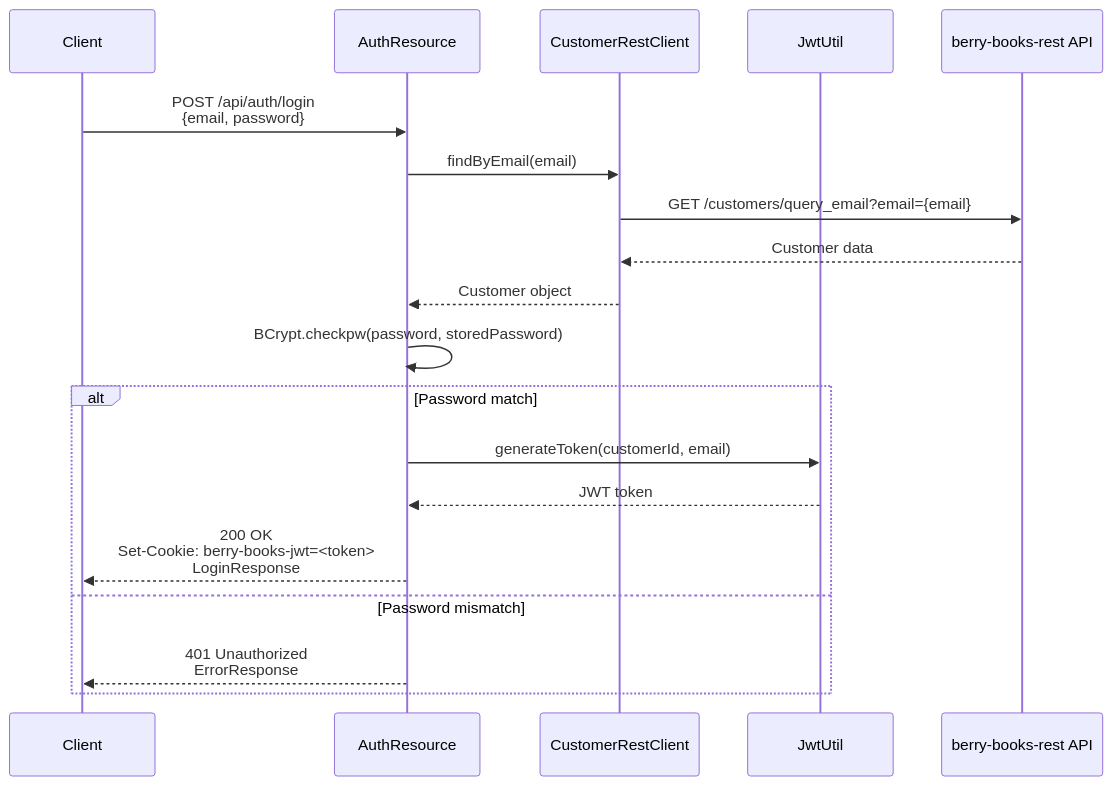
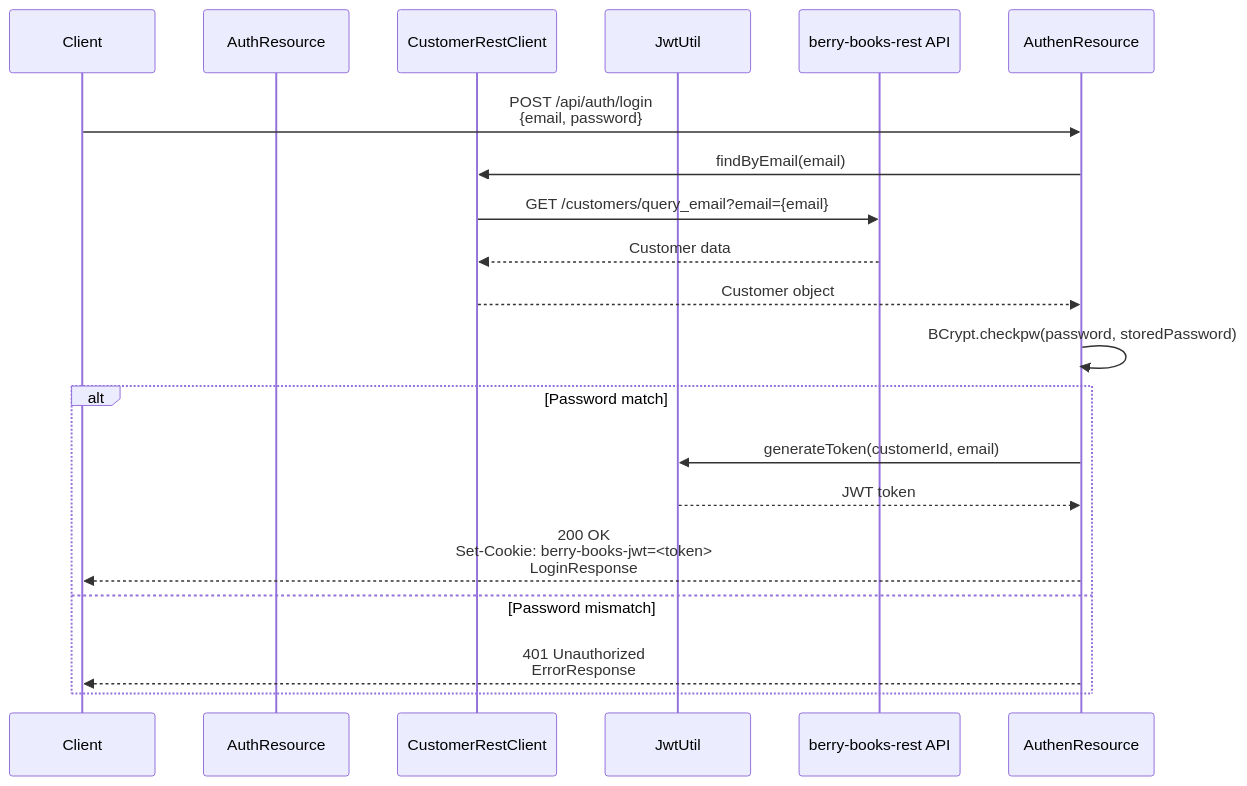
One commit to KenyaSaitoh/ai_driven_dev_202601 changed the diagram in projects/sdd/bookstore/berry-books-api-sdd/specs/baseline/api/API_001_auth/functional_design.md. Above: the diagram before and after it, drawn with Mermaid. The commit also changed 402 other files, not shown here.

````diff
--- a/projects/sdd/bookstore/berry-books-api-sdd/specs/baseline/api/API_001_auth/functional_design.md
+++ b/projects/sdd/bookstore/berry-books-api-sdd/specs/baseline/api/API_001_auth/functional_design.md
@@ -103,24 +103,24 @@
 ```mermaid
 sequenceDiagram
     participant Client
     participant AuthResource
     participant CustomerRestClient
     participant JwtUtil
     participant RestAPI as berry-books-rest API
     
-    Client->>AuthResource: POST /api/auth/login<br/>{email, password}
-    AuthResource->>CustomerRestClient: findByEmail(email)
+    Client->>AuthenResource: POST /api/auth/login<br/>{email, password}
+    AuthenResource->>CustomerRestClient: findByEmail(email)
     CustomerRestClient->>RestAPI: GET /customers/query_email?email={email}
     RestAPI-->>CustomerRestClient: Customer data
-    CustomerRestClient-->>AuthResource: Customer object
-    
-    AuthResource->>AuthResource: BCrypt.checkpw(password, storedPassword)
+    CustomerRestClient-->>AuthenResource: Customer object
+
+    AuthenResource->>AuthenResource: BCrypt.checkpw(password, storedPassword)
     
     alt Password match
-        AuthResource->>JwtUtil: generateToken(customerId, email)
-        JwtUtil-->>AuthResource: JWT token
-        AuthResource-->>Client: 200 OK<br/>Set-Cookie: berry-books-jwt=<token><br/>LoginResponse
+        AuthenResource->>JwtUtil: generateToken(customerId, email)
+        JwtUtil-->>AuthenResource: JWT token
+        AuthenResource-->>Client: 200 OK<br/>Set-Cookie: berry-books-jwt=<token><br/>LoginResponse
     else Password mismatch
-        AuthResource-->>Client: 401 Unauthorized<br/>ErrorResponse
+        AuthenResource-->>Client: 401 Unauthorized<br/>ErrorResponse
     end
 ```
````
